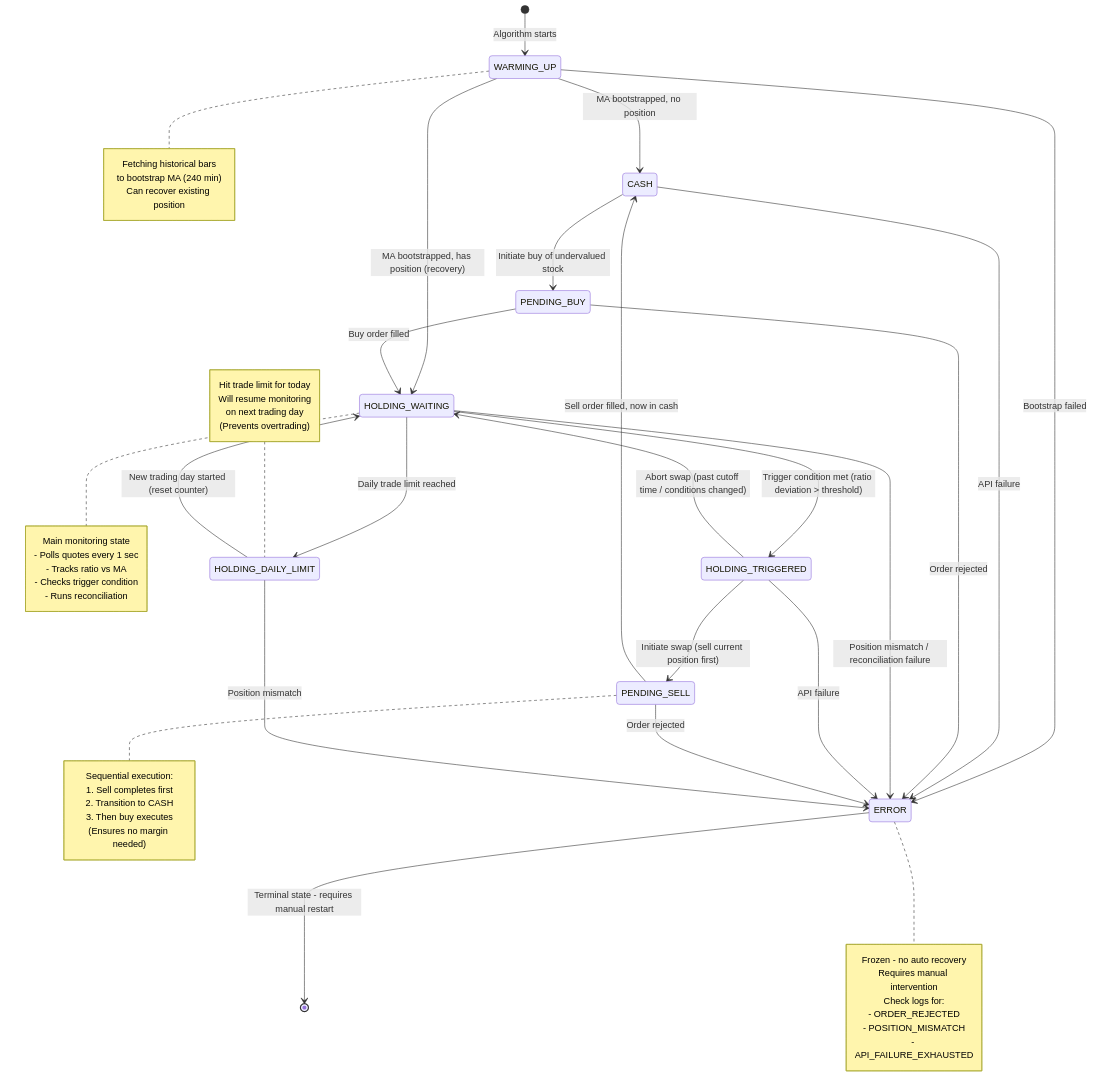
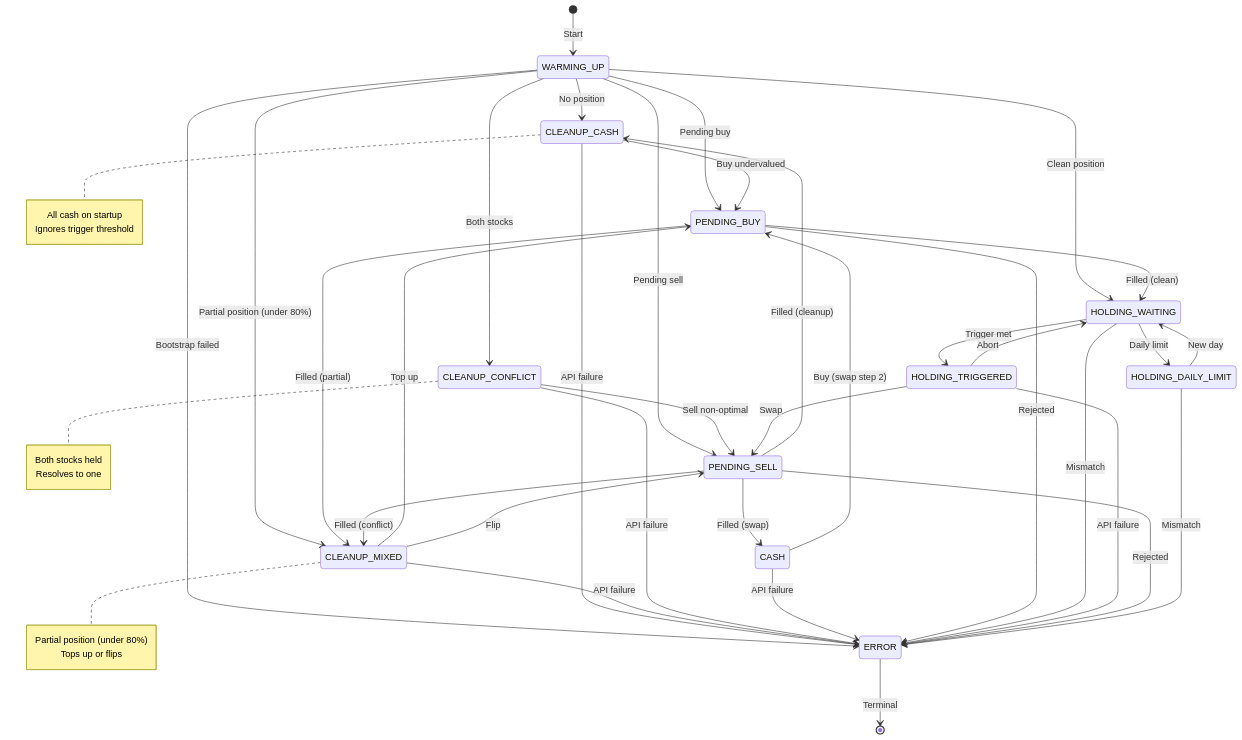
Before and after one commit to kmurray30/PairTraderPro: the diagram in live_trading/state_machine_diagram.md, drawn with Mermaid. The commit also changed other lines of this file and 5 other files, not shown here.

First line of the commit message:
Implement cleanup states in LivePairsTrader and enhance reconciliation logic

````diff
--- a/live_trading/state_machine_diagram.md
+++ b/live_trading/state_machine_diagram.md
@@ -8,68 +8,62 @@
 ```mermaid
 stateDiagram-v2
-    [*] --> WARMING_UP: Algorithm starts
+    [*] --> WARMING_UP: Start
     
-    WARMING_UP --> CASH: MA bootstrapped, no position
-    WARMING_UP --> HOLDING_WAITING: MA bootstrapped, has position (recovery)
+    WARMING_UP --> CLEANUP_CASH: No position
+    WARMING_UP --> CLEANUP_MIXED: Partial position (under 80%)
+    WARMING_UP --> CLEANUP_CONFLICT: Both stocks
+    WARMING_UP --> HOLDING_WAITING: Clean position
+    WARMING_UP --> PENDING_BUY: Pending buy
+    WARMING_UP --> PENDING_SELL: Pending sell
     WARMING_UP --> ERROR: Bootstrap failed
     
-    CASH --> PENDING_BUY: Initiate buy of undervalued stock
+    CLEANUP_CASH --> PENDING_BUY: Buy undervalued
+    CLEANUP_CASH --> ERROR: API failure
+    
+    CLEANUP_MIXED --> PENDING_BUY: Top up
+    CLEANUP_MIXED --> PENDING_SELL: Flip
+    CLEANUP_MIXED --> ERROR: API failure
+    
+    CLEANUP_CONFLICT --> PENDING_SELL: Sell non-optimal
+    CLEANUP_CONFLICT --> ERROR: API failure
+    
+    CASH --> PENDING_BUY: Buy (swap step 2)
     CASH --> ERROR: API failure
     
-    PENDING_BUY --> HOLDING_WAITING: Buy order filled
-    PENDING_BUY --> ERROR: Order rejected
+    PENDING_BUY --> HOLDING_WAITING: Filled (clean)
+    PENDING_BUY --> CLEANUP_MIXED: Filled (partial)
+    PENDING_BUY --> ERROR: Rejected
     
-    HOLDING_WAITING --> HOLDING_TRIGGERED: Trigger condition met (ratio deviation > threshold)
-    HOLDING_WAITING --> HOLDING_DAILY_LIMIT: Daily trade limit reached
-    HOLDING_WAITING --> ERROR: Position mismatch / reconciliation failure
+    HOLDING_WAITING --> HOLDING_TRIGGERED: Trigger met
+    HOLDING_WAITING --> HOLDING_DAILY_LIMIT: Daily limit
+    HOLDING_WAITING --> ERROR: Mismatch
     
-    HOLDING_TRIGGERED --> PENDING_SELL: Initiate swap (sell current position first)
-    HOLDING_TRIGGERED --> HOLDING_WAITING: Abort swap (past cutoff time / conditions changed)
+    HOLDING_TRIGGERED --> PENDING_SELL: Swap
+    HOLDING_TRIGGERED --> HOLDING_WAITING: Abort
     HOLDING_TRIGGERED --> ERROR: API failure
     
-    PENDING_SELL --> CASH: Sell order filled, now in cash
-    PENDING_SELL --> ERROR: Order rejected
+    PENDING_SELL --> CASH: Filled (swap)
+    PENDING_SELL --> CLEANUP_CASH: Filled (cleanup)
+    PENDING_SELL --> CLEANUP_MIXED: Filled (conflict)
+    PENDING_SELL --> ERROR: Rejected
     
-    HOLDING_DAILY_LIMIT --> HOLDING_WAITING: New trading day started (reset counter)
-    HOLDING_DAILY_LIMIT --> ERROR: Position mismatch
+    HOLDING_DAILY_LIMIT --> HOLDING_WAITING: New day
+    HOLDING_DAILY_LIMIT --> ERROR: Mismatch
     
-    ERROR --> [*]: Terminal state - requires manual restart
+    ERROR --> [*]: Terminal
     
-    note right of WARMING_UP
-        Fetching historical bars
-        to bootstrap MA (240 min)
-        Can recover existing position
+    note right of CLEANUP_CASH
+        All cash on startup
+        Ignores trigger threshold
     end note
     
-    note right of HOLDING_WAITING
-        Main monitoring state
-        - Polls quotes every 1 sec
-        - Tracks ratio vs MA
-        - Checks trigger condition
-        - Runs reconciliation
+    note right of CLEANUP_MIXED
+        Partial position (under 80%)
+        Tops up or flips
     end note
     
-    note right of PENDING_SELL
-        Sequential execution:
-        1. Sell completes first
-        2. Transition to CASH
-        3. Then buy executes
-        (Ensures no margin needed)
-    end note
-    
-    note right of ERROR
-        Frozen - no auto recovery
-        Requires manual intervention
-        Check logs for:
-        - ORDER_REJECTED
-        - POSITION_MISMATCH
-        - API_FAILURE_EXHAUSTED
-    end note
-    
-    note left of HOLDING_DAILY_LIMIT
-        Hit trade limit for today
-        Will resume monitoring
-        on next trading day
-        (Prevents overtrading)
+    note right of CLEANUP_CONFLICT
+        Both stocks held
+        Resolves to one
     end note
 ```
````
